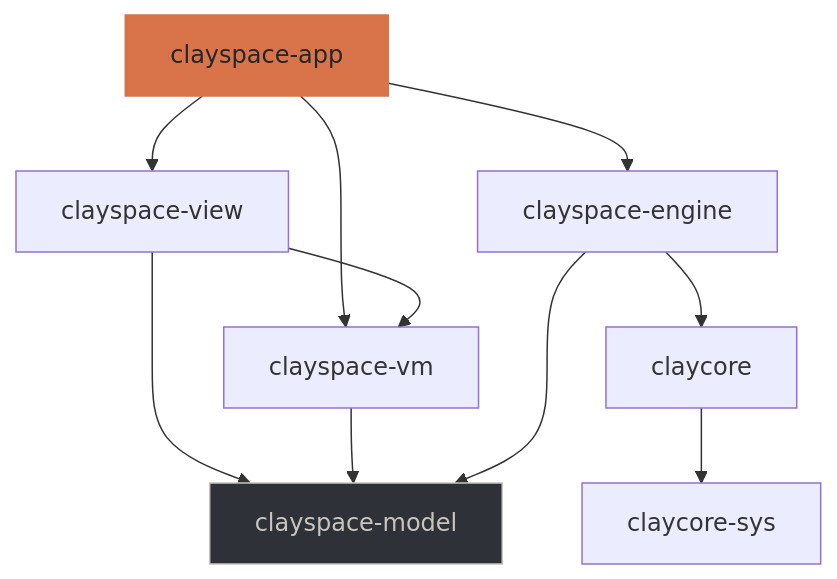
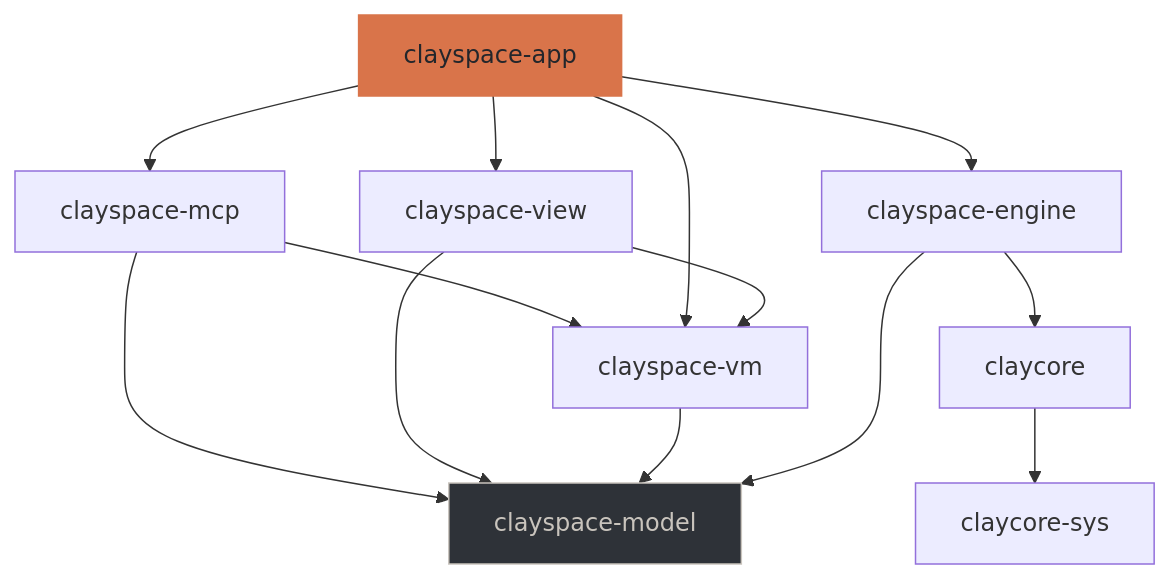
The first of 3 diagrams in docs/architecture.md (CyberdyneCorp/ClaySpaceDesktop), drawn with Mermaid before and after one commit. The commit also changed other lines of this file and 53 other files, not shown here.

````diff
--- a/docs/architecture.md
+++ b/docs/architecture.md
@@ -51,23 +51,27 @@
 ```mermaid
 graph TD
     APP["clayspace-app"]
+    MCP["clayspace-mcp"]
     VIEW["clayspace-view"]
     VM["clayspace-vm"]
     MODEL["clayspace-model"]
     ENGINE["clayspace-engine"]
     SAFE["claycore"]
     SYS["claycore-sys"]
 
     APP --> VIEW
+    APP --> MCP
+    MCP --> VM
+    MCP --> MODEL
     APP --> ENGINE
     APP --> VM
     VIEW --> VM
     VIEW --> MODEL
     VM --> MODEL
     ENGINE --> MODEL
     ENGINE --> SAFE
     SAFE --> SYS
 
     style MODEL fill:#2E3238,stroke:#C9C4BD,color:#C9C4BD
     style APP fill:#D9744A,stroke:#D9744A,color:#23262B
 ```
````
